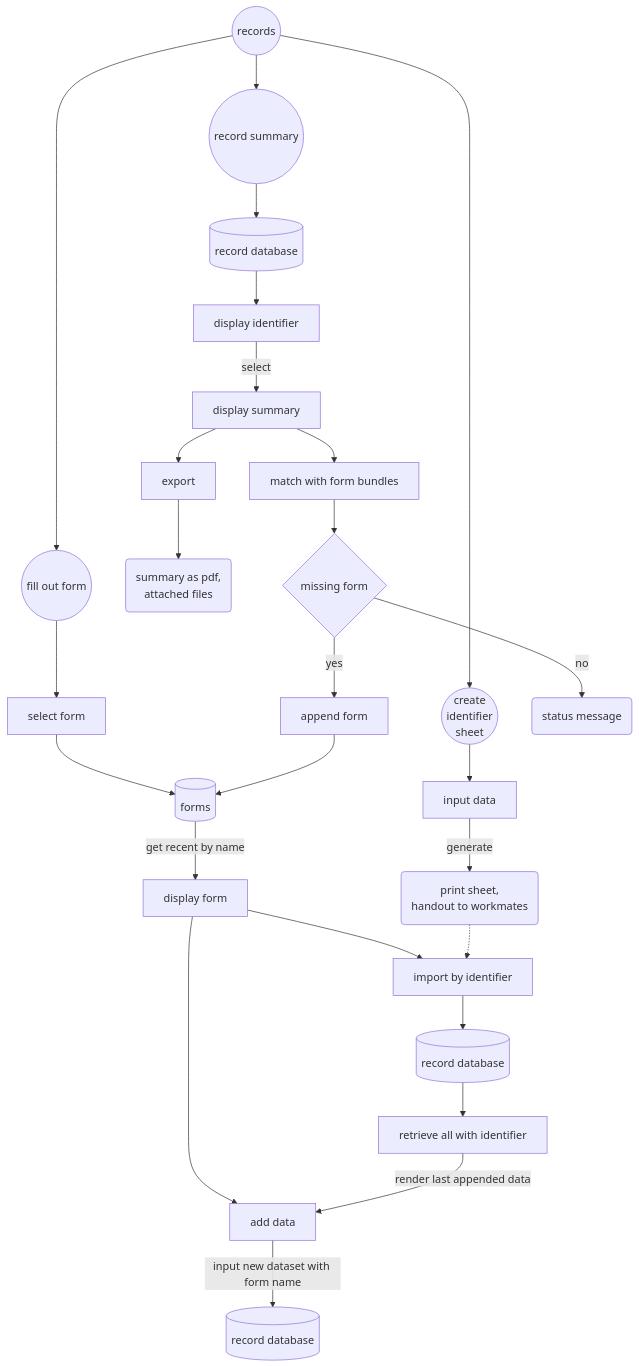
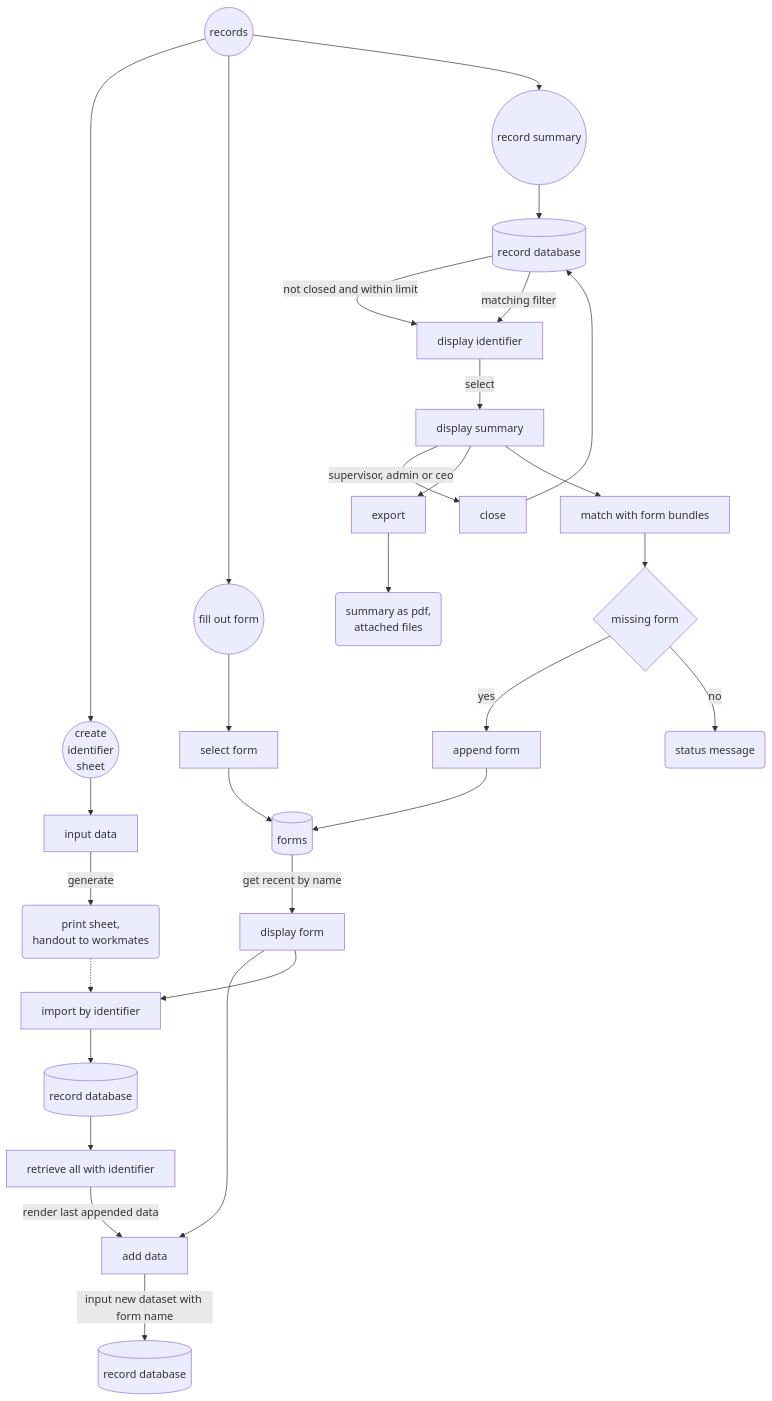
The fourth of 6 diagrams in readme.md (erroronline1/caro), drawn with Mermaid before and after one commit.

Commit message:
record flowchart

````diff
--- a/readme.md
+++ b/readme.md
@@ -370,35 +370,38 @@
 ```mermaid
 graph TD;
     records((records))-->identifiersheet(("create
     identifier
     sheet"));
     identifiersheet-->input[input data];
     input-->|generate|print("print sheet,
     handout to workmates");
 
     records-->fillform((fill out form));
     fillform-->selectform[select form];
     selectform-->forms[(forms)];
     forms-->|get recent by name|displayform[display form];
     displayform-->inputdata[add data];
     inputdata-->|input new dataset with form name|recorddb[(record database)];
     displayform-->idimport[import by identifier];
     idimport-->recorddb2[(record database)];
     recorddb2-->selectbyid[retrieve all with identifier];
     selectbyid-->|render last appended data|inputdata;
 
     print-.->idimport;
 
     records-->summaries((record summary));
     summaries-->recorddb3[(record database)]
-    recorddb3-->displayids[display identifier];
+    recorddb3-->|not closed and within limit|displayids[display identifier];
+    recorddb3-->|matching filter|displayids;
     displayids-->|select|summary[display summary];
+    summary-->|supervisor, admin or ceo|close[close];
+    close-->recorddb3
     summary-->export[export];
     export-->pdf("summary as pdf,
     attached files");
     summary-->matchbundles[match with form bundles];
     matchbundles-->missing{missing form};
     missing-->|yes|appenddata[append form];
     appenddata-->forms;
     missing-->|no|nonemissing(status message);
 ```
````
